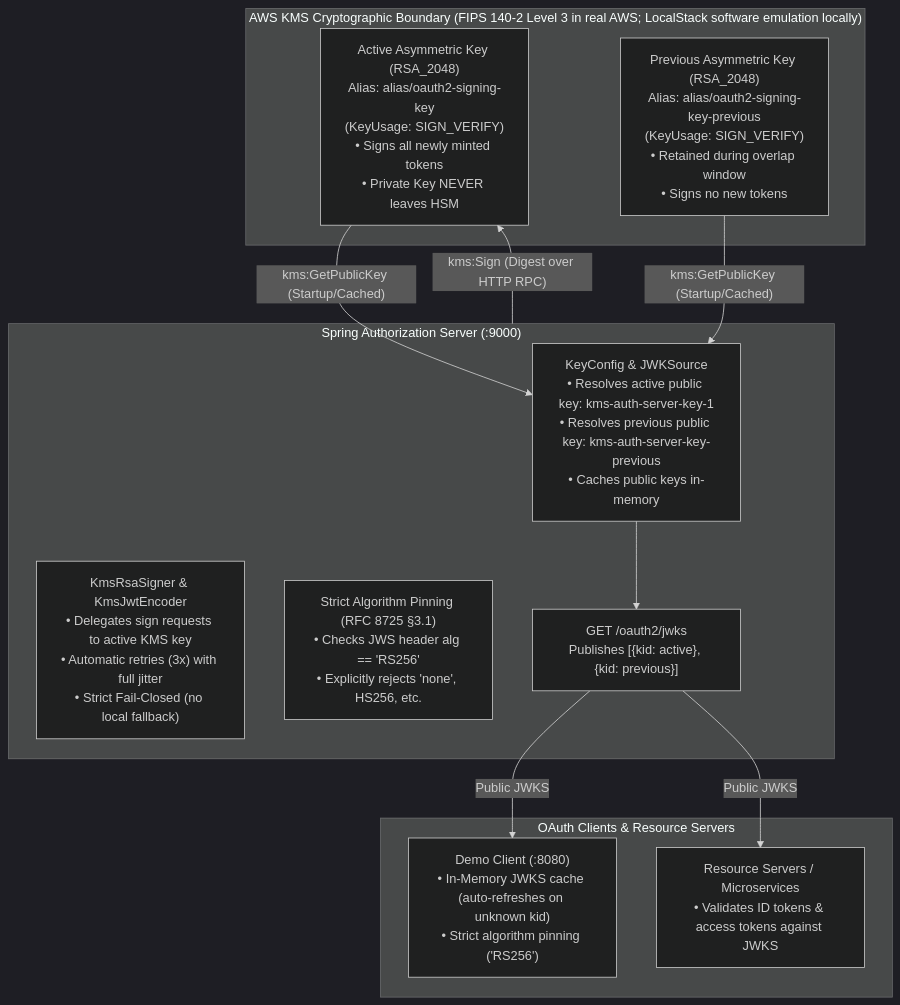
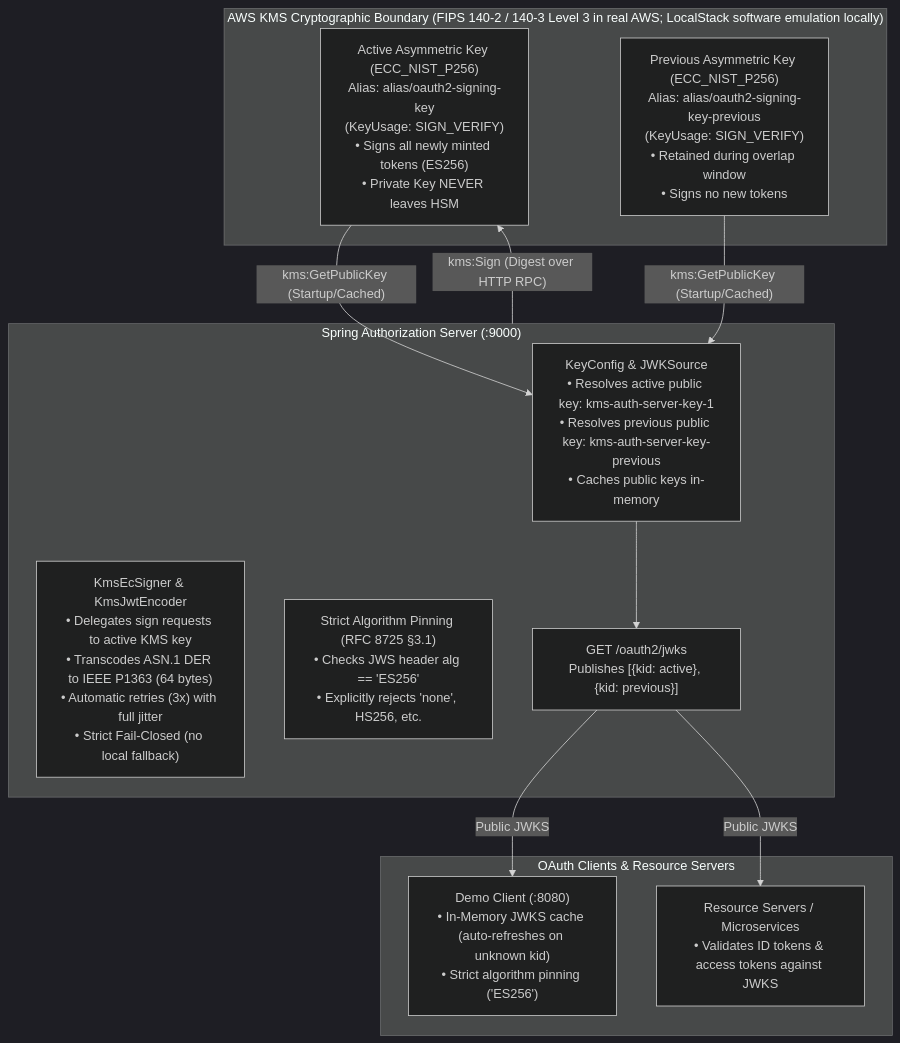
One commit to shoeyn/oauth-server changed the first of 3 diagrams in docs/architecture/kms_multi_key_rotation_flow.md. Above: the diagram before and after it, drawn with Mermaid (dark theme). The commit also changed other lines of this file and 48 other files, not shown here.

````diff
--- a/docs/architecture/kms_multi_key_rotation_flow.md
+++ b/docs/architecture/kms_multi_key_rotation_flow.md
@@ -9,26 +9,26 @@
 ```mermaid
 flowchart TD
-    subgraph KMS ["AWS KMS Cryptographic Boundary (FIPS 140-2 Level 3 in real AWS; LocalStack software emulation locally)"]
-        ActiveKey["Active Asymmetric Key (RSA_2048)<br/>Alias: alias/oauth2-signing-key<br/>(KeyUsage: SIGN_VERIFY)<br/>• Signs all newly minted tokens<br/>• Private Key NEVER leaves HSM"]
-        PreviousKey["Previous Asymmetric Key (RSA_2048)<br/>Alias: alias/oauth2-signing-key-previous<br/>(KeyUsage: SIGN_VERIFY)<br/>• Retained during overlap window<br/>• Signs no new tokens"]
+    subgraph KMS ["AWS KMS Cryptographic Boundary (FIPS 140-2 / 140-3 Level 3 in real AWS; LocalStack software emulation locally)"]
+        ActiveKey["Active Asymmetric Key (ECC_NIST_P256)<br/>Alias: alias/oauth2-signing-key<br/>(KeyUsage: SIGN_VERIFY)<br/>• Signs all newly minted tokens (ES256)<br/>• Private Key NEVER leaves HSM"]
+        PreviousKey["Previous Asymmetric Key (ECC_NIST_P256)<br/>Alias: alias/oauth2-signing-key-previous<br/>(KeyUsage: SIGN_VERIFY)<br/>• Retained during overlap window<br/>• Signs no new tokens"]
     end
 
     subgraph SpringServer ["Spring Authorization Server (:9000)"]
         KeyConfig["KeyConfig & JWKSource<br/>• Resolves active public key: kms-auth-server-key-1<br/>• Resolves previous public key: kms-auth-server-key-previous<br/>• Caches public keys in-memory"]
-        KmsSigner["KmsRsaSigner & KmsJwtEncoder<br/>• Delegates sign requests to active KMS key<br/>• Automatic retries (3x) with full jitter<br/>• Strict Fail-Closed (no local fallback)"]
-        AlgValidator["Strict Algorithm Pinning (RFC 8725 §3.1)<br/>• Checks JWS header alg == 'RS256'<br/>• Explicitly rejects 'none', HS256, etc."]
+        KmsSigner["KmsEcSigner & KmsJwtEncoder<br/>• Delegates sign requests to active KMS key<br/>• Transcodes ASN.1 DER to IEEE P1363 (64 bytes)<br/>• Automatic retries (3x) with full jitter<br/>• Strict Fail-Closed (no local fallback)"]
+        AlgValidator["Strict Algorithm Pinning (RFC 8725 §3.1)<br/>• Checks JWS header alg == 'ES256'<br/>• Explicitly rejects 'none', HS256, etc."]
         JwksEndpoint["GET /oauth2/jwks<br/>Publishes [{kid: active}, {kid: previous}]"]
     end
 
     subgraph ClientsAndRS ["OAuth Clients & Resource Servers"]
-        DemoClient["Demo Client (:8080)<br/>• In-Memory JWKS cache (auto-refreshes on unknown kid)<br/>• Strict algorithm pinning ('RS256')"]
+        DemoClient["Demo Client (:8080)<br/>• In-Memory JWKS cache (auto-refreshes on unknown kid)<br/>• Strict algorithm pinning ('ES256')"]
         ResourceServer["Resource Servers / Microservices<br/>• Validates ID tokens & access tokens against JWKS"]
     end
 
     ActiveKey -->|"kms:GetPublicKey (Startup/Cached)"| KeyConfig
     PreviousKey -->|"kms:GetPublicKey (Startup/Cached)"| KeyConfig
     KeyConfig --> JwksEndpoint
     JwksEndpoint -->|Public JWKS| DemoClient
     JwksEndpoint -->|Public JWKS| ResourceServer
     SpringServer -->|"kms:Sign (Digest over HTTP RPC)"| ActiveKey
 ```
````
